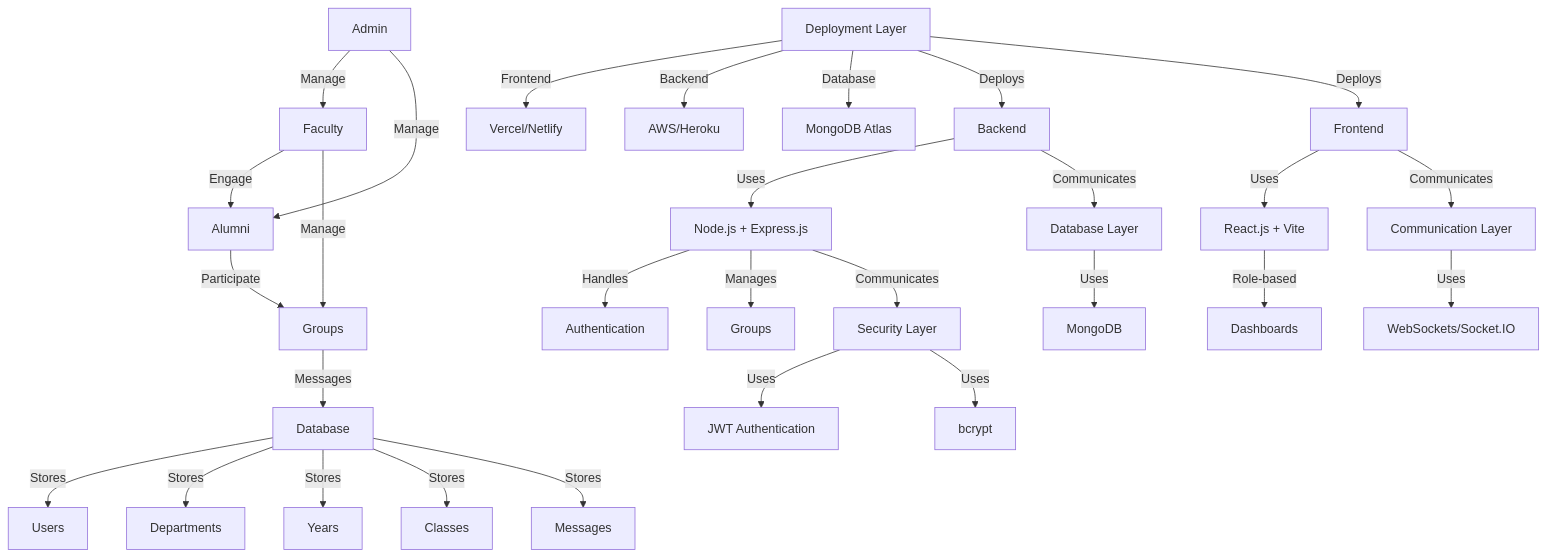
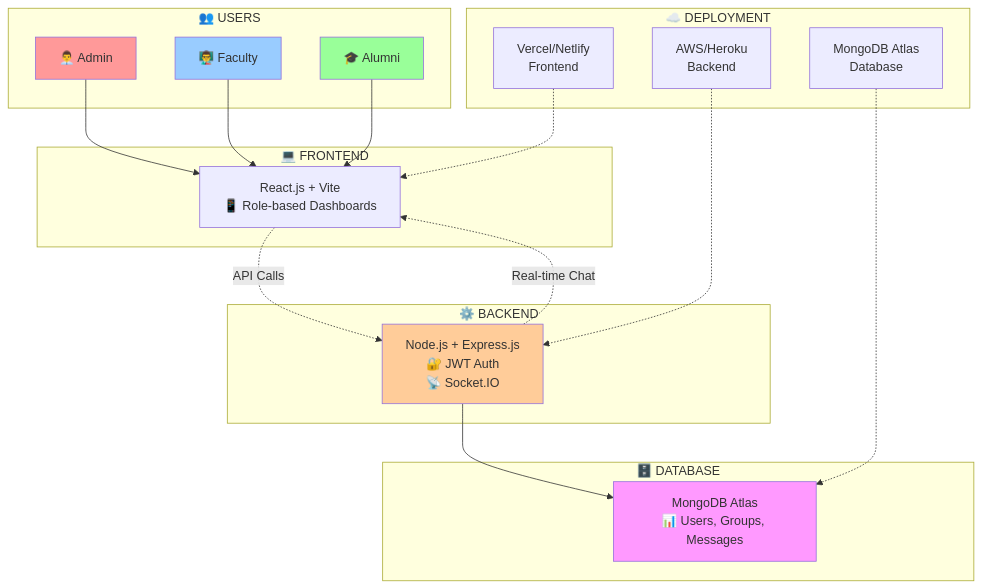
Before and after one commit to YadavPrem64/Data-Analysis: the diagram in architecture-diagram.md, drawn with Mermaid. The commit also changed other lines of this file, not shown here.

Commit message:
Update architecture diagram

````diff
--- a/architecture-diagram.md
+++ b/architecture-diagram.md
@@ -3,31 +3,43 @@
 ```mermaid
-  graph TD;
-      A[Admin] -->|Manage| B[Faculty];
-      A -->|Manage| C[Alumni];
-      B -->|Engage| C;
-      B -->|Manage| D[Groups];
-      C -->|Participate| D;
-      D -->|Messages| E[Database];
-      E -->|Stores| F[Users];
-      E -->|Stores| G[Departments];
-      E -->|Stores| H[Years];
-      E -->|Stores| I[Classes];
-      E -->|Stores| J[Messages];
-      K[Frontend] -->|Uses| L[React.js + Vite];
-      L -->|Role-based| M[Dashboards];
-      N[Backend] -->|Uses| O[Node.js + Express.js];
-      O -->|Handles| P[Authentication];
-      O -->|Manages| Q[Groups];
-      R[Database Layer] -->|Uses| S[MongoDB];
-      T[Communication Layer] -->|Uses| U[WebSockets/Socket.IO];
-      V[Security Layer] -->|Uses| W[JWT Authentication];
-      V -->|Uses| X[bcrypt];
-      Y[Deployment Layer] -->|Frontend| Z[Vercel/Netlify];
-      Y -->|Backend| AA[AWS/Heroku];
-      Y -->|Database| AB[MongoDB Atlas];
-      K -->|Communicates| T;
-      N -->|Communicates| R;
-      O -->|Communicates| V;
-      Y -->|Deploys| N;
-      Y -->|Deploys| K;
+graph TB
+    subgraph "👥 USERS"
+        A[👨‍💼 Admin]
+        B[👨‍🏫 Faculty] 
+        C[🎓 Alumni]
+    end
+    
+    subgraph "💻 FRONTEND"
+        D[React.js + Vite<br/>📱 Role-based Dashboards]
+    end
+    
+    subgraph "⚙️ BACKEND"
+        E[Node.js + Express.js<br/>🔐 JWT Auth<br/>📡 Socket.IO]
+    end
+    
+    subgraph "🗄️ DATABASE"
+        F[MongoDB Atlas<br/>📊 Users, Groups, Messages]
+    end
+    
+    subgraph "☁️ DEPLOYMENT"
+        G[Vercel/Netlify<br/>Frontend]
+        H[AWS/Heroku<br/>Backend]
+        I[MongoDB Atlas<br/>Database]
+    end
+
+    A --> D
+    B --> D  
+    C --> D
+    D -.->|API Calls| E
+    E -.->|Real-time Chat| D
+    E --> F
+    
+    G -.-> D
+    H -.-> E
+    I -.-> F
+    
+    style A fill:#ff9999
+    style B fill:#99ccff  
+    style C fill:#99ff99
+    style E fill:#ffcc99
+    style F fill:#ff99ff
 ```
````
